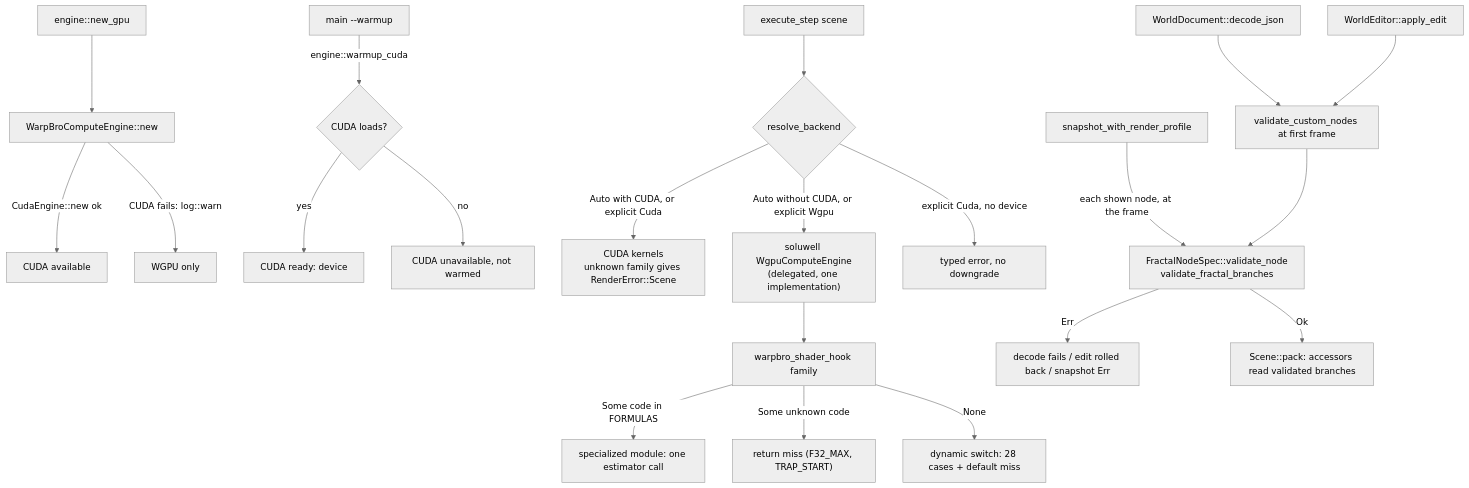
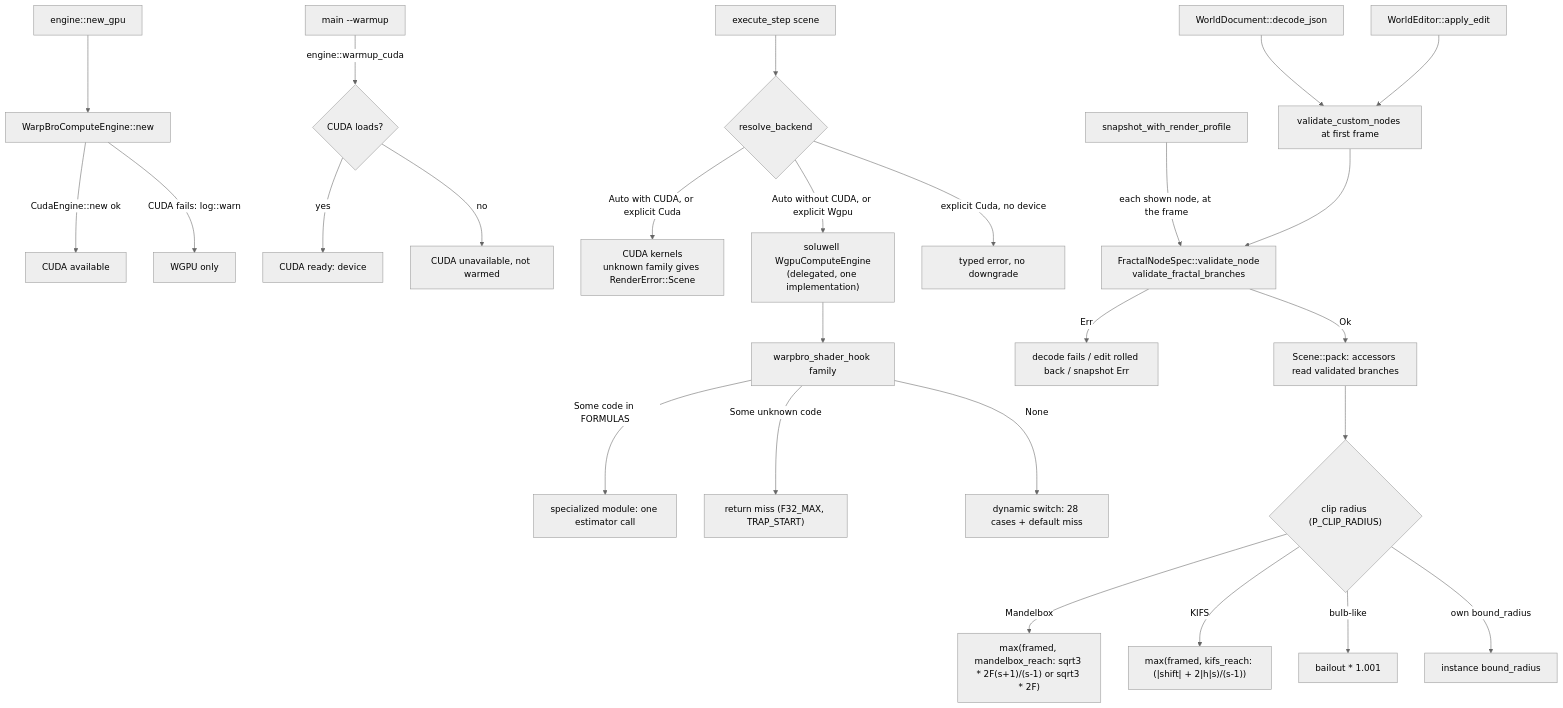
Before and after one commit to ssoj13/warpbro-rs: the sixth of 7 diagrams in DIAGRAMS.md, drawn with Mermaid (neutral theme). The commit also changed other lines of this file and 2 other files, not shown here.

Commit message:
docs: README CLI/warmup behaviour, PLAN.md plan1 status, clip diagram

````diff
--- a/DIAGRAMS.md
+++ b/DIAGRAMS.md
@@ -189,26 +189,31 @@
 ```mermaid
 flowchart TD
   ng[engine::new_gpu] --> wce[WarpBroComputeEngine::new]
   wce -->|CudaEngine::new ok| cu[CUDA available]
   wce -->|CUDA fails: log::warn| wonly[WGPU only]
   warm[main --warmup] -->|engine::warmup_cuda| wc{CUDA loads?}
   wc -->|yes| ready[CUDA ready: device]
   wc -->|no| unav[CUDA unavailable, not warmed]
 
   step[execute_step scene] --> rb{resolve_backend}
   rb -->|Auto with CUDA, or explicit Cuda| cuk["CUDA kernels<br/>unknown family gives RenderError::Scene"]
   rb -->|Auto without CUDA, or explicit Wgpu| wg["soluwell WgpuComputeEngine<br/>(delegated, one implementation)"]
   rb -->|explicit Cuda, no device| err[typed error, no downgrade]
 
   wg --> hook[warpbro_shader_hook family]
   hook -->|Some code in FORMULAS| spec[specialized module: one estimator call]
   hook -->|Some unknown code| miss1["return miss (F32_MAX, TRAP_START)"]
   hook -->|None| dyn["dynamic switch: 28 cases + default miss"]
 
   load[WorldDocument::decode_json] --> vcn[validate_custom_nodes at first frame]
   edit[WorldEditor::apply_edit] --> vcn
   snap[snapshot_with_render_profile] -->|each shown node, at the frame| vn
   vcn --> vn["FractalNodeSpec::validate_node<br/>validate_fractal_branches"]
   vn -->|Err| rej["decode fails / edit rolled back / snapshot Err"]
   vn -->|Ok| pack["Scene::pack: accessors read validated branches"]
+  pack --> clip{"clip radius (P_CLIP_RADIUS)"}
+  clip -->|Mandelbox| mb["max(framed, mandelbox_reach: sqrt3 * 2F(s+1)/(s-1) or sqrt3 * 2F)"]
+  clip -->|KIFS| kr["max(framed, kifs_reach: (|shift| + 2|h|s)/(s-1))"]
+  clip -->|bulb-like| be["bailout * 1.001"]
+  clip -->|own bound_radius| br["instance bound_radius"]
 ```
````
